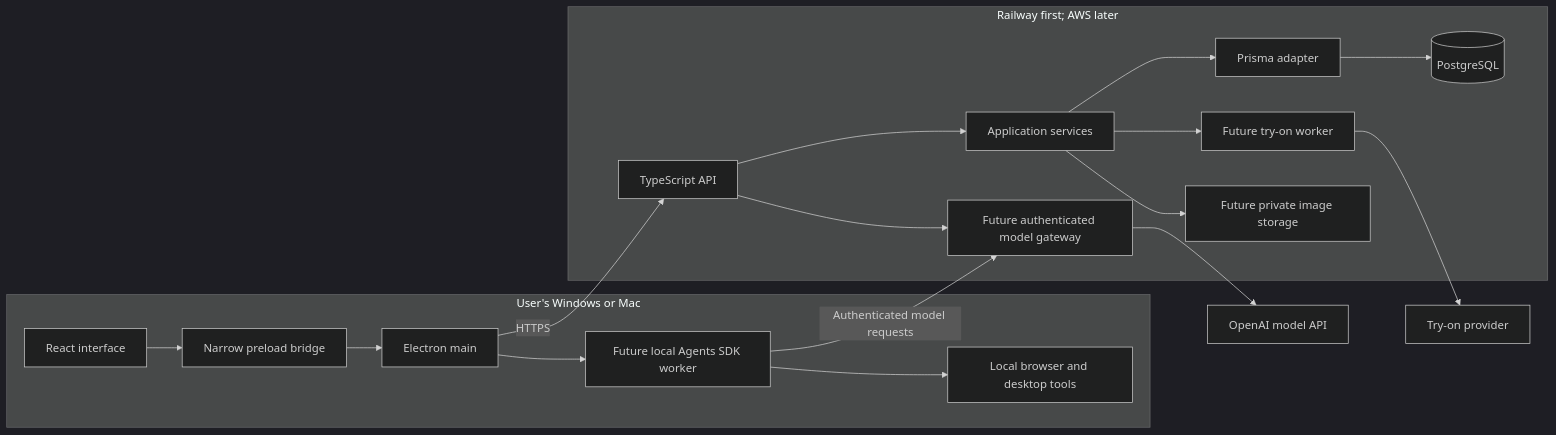
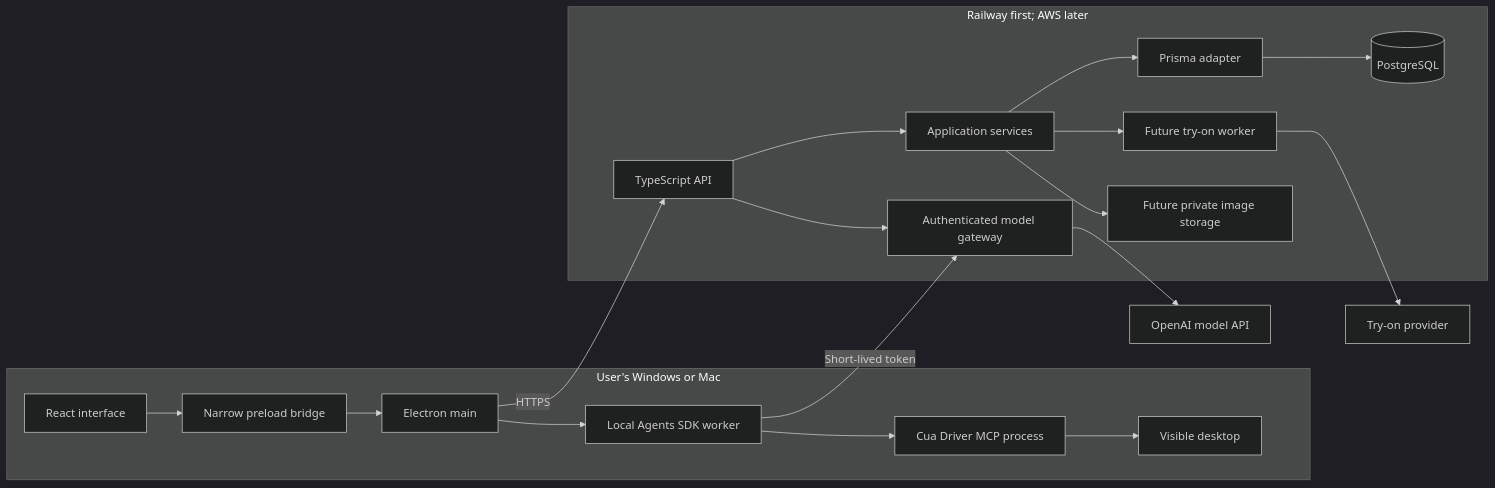
Before and after one commit to ducnguyen67201/TroApp: the diagram in docs/Architecture.md, drawn with Mermaid (dark theme). The commit also changed other lines of this file and 66 other files, not shown here.

First line of the commit message:
Add desktop computer-use chat and authenticated model gateway (#3)

````diff
--- a/docs/Architecture.md
+++ b/docs/Architecture.md
@@ -25,20 +26,21 @@
 ```mermaid
 flowchart LR
   subgraph User[User's Windows or Mac]
     UI[React interface] --> PRELOAD[Narrow preload bridge]
     PRELOAD --> MAIN[Electron main]
-    MAIN --> AGENT[Future local Agents SDK worker]
-    AGENT --> TOOLS[Local browser and desktop tools]
+    MAIN --> AGENT[Local Agents SDK worker]
+    AGENT --> MCP[Cua Driver MCP process]
+    MCP --> DESKTOP[Visible desktop]
   end
   subgraph Backend[Railway first; AWS later]
     API[TypeScript API] --> SERVICE[Application services]
     SERVICE --> DB[Prisma adapter] --> PG[(PostgreSQL)]
-    API --> GATEWAY[Future authenticated model gateway]
+    API --> GATEWAY[Authenticated model gateway]
     SERVICE --> JOBS[Future try-on worker]
     SERVICE --> STORAGE[Future private image storage]
   end
   MAIN -->|HTTPS| API
-  AGENT -->|Authenticated model requests| GATEWAY
+  AGENT -->|Short-lived token| GATEWAY
   GATEWAY --> MODEL[OpenAI model API]
   JOBS --> TRYON[Try-on provider]
 ```
````
